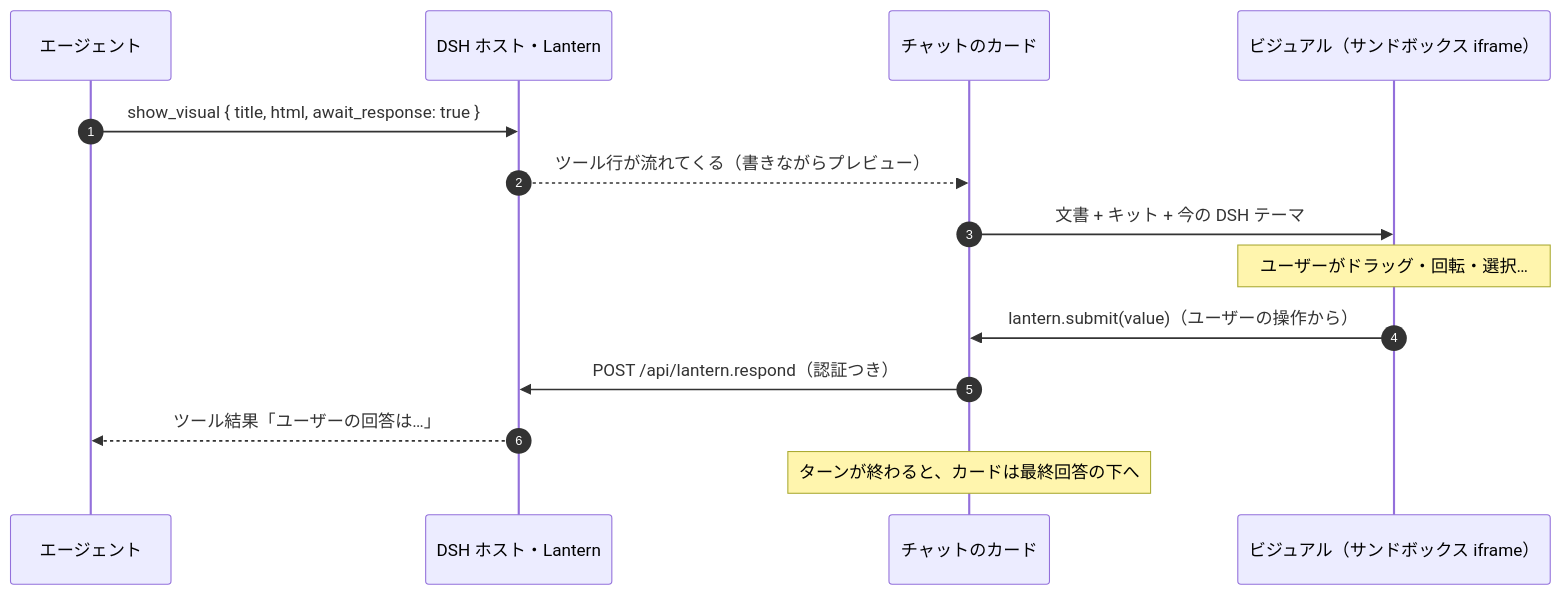
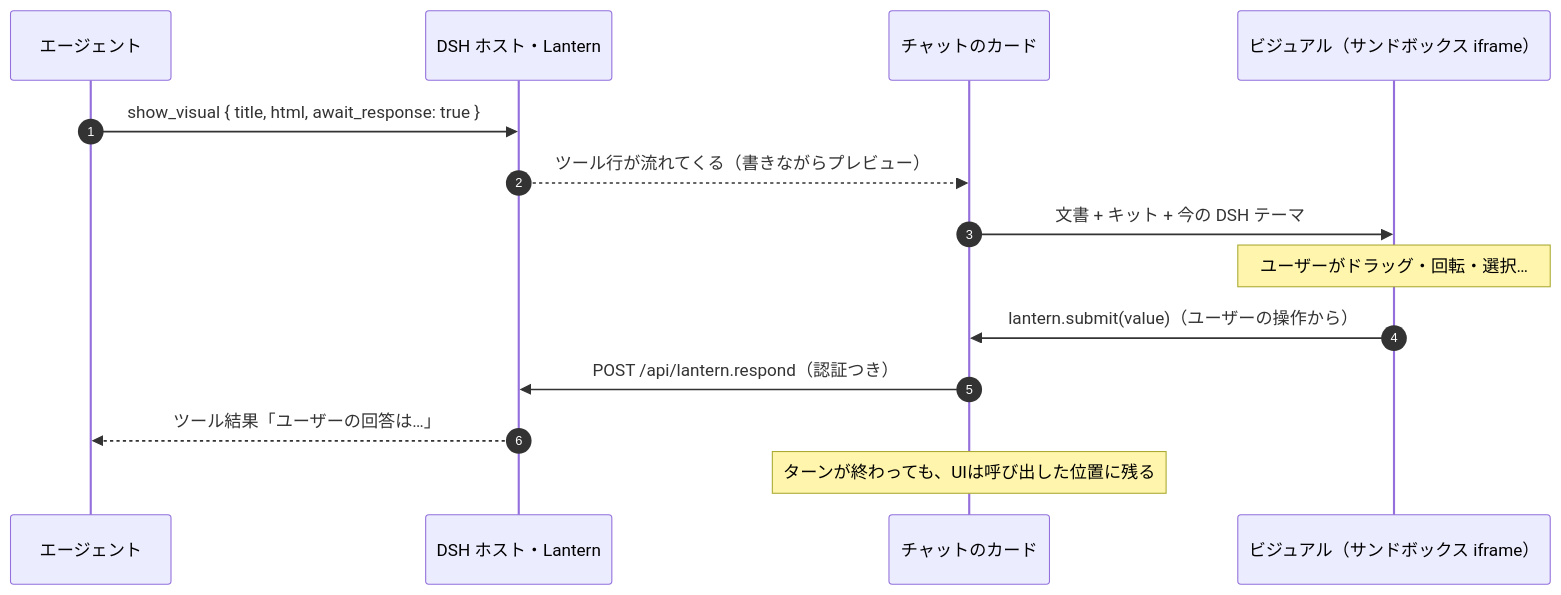
One commit to Aero123421/dsh-lantern changed the diagram in README.ja.md. Above: the diagram before and after it, drawn with Mermaid. The commit also changed other lines of this file and 131 other files, not shown here.

````diff
--- a/README.ja.md
+++ b/README.ja.md
@@ -152,16 +159,16 @@
 ```mermaid
 sequenceDiagram
     autonumber
     participant A as エージェント
     participant H as DSH ホスト・Lantern
     participant C as チャットのカード
     participant V as ビジュアル（サンドボックス iframe）
     A->>H: show_visual { title, html, await_response: true }
     H-->>C: ツール行が流れてくる（書きながらプレビュー）
     C->>V: 文書 + キット + 今の DSH テーマ
     Note over V: ユーザーがドラッグ・回転・選択…
     V->>C: lantern.submit(value)（ユーザーの操作から）
     C->>H: POST /api/lantern.respond（認証つき）
     H-->>A: ツール結果「ユーザーの回答は…」
-    Note over C: ターンが終わると、カードは最終回答の下へ
+    Note over C: ターンが終わっても、UIは呼び出した位置に残る
 ```
````
